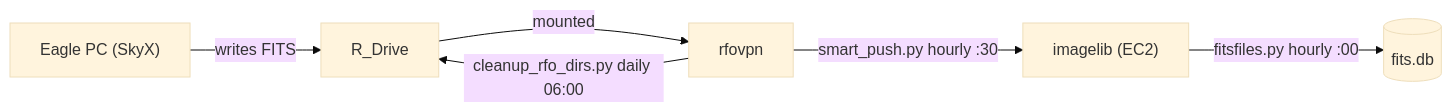
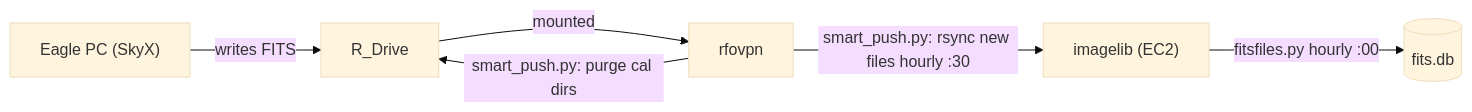
The second of 2 diagrams in doc/imagelib_flow.md (vmoa/imagelib), drawn with Mermaid (base theme) before and after one commit. The commit also changed other lines of this file and 4 other files, not shown here.

First line of the commit message:
refactor: move cal dir cleanup into smart_push.py before find_candidates

````diff
--- a/doc/imagelib_flow.md
+++ b/doc/imagelib_flow.md
@@ -25,8 +25,8 @@
 ```mermaid
 flowchart LR
     PC["Eagle PC (SkyX)"] -- "writes FITS" --> RD["R_Drive"]
     RD -- "mounted" --> RFOVPN["rfovpn"]
-    RFOVPN -- "smart_push.py hourly :30" --> IMG["imagelib (EC2)"]
-    RFOVPN -- "cleanup_rfo_dirs.py daily 06:00" --> RD
+    RFOVPN -- "smart_push.py: purge cal dirs" --> RD
+    RFOVPN -- "smart_push.py: rsync new files hourly :30" --> IMG["imagelib (EC2)"]
     IMG -- "fitsfiles.py hourly :00" --> DB[("fits.db")]
 ```
````
